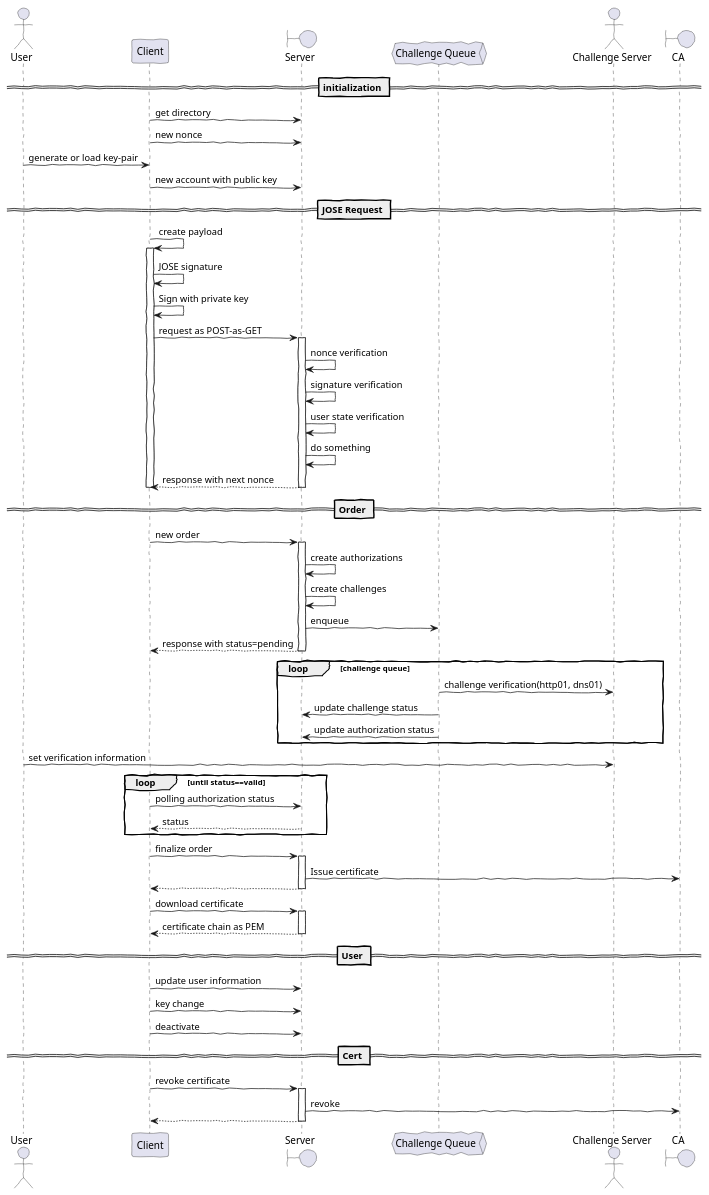
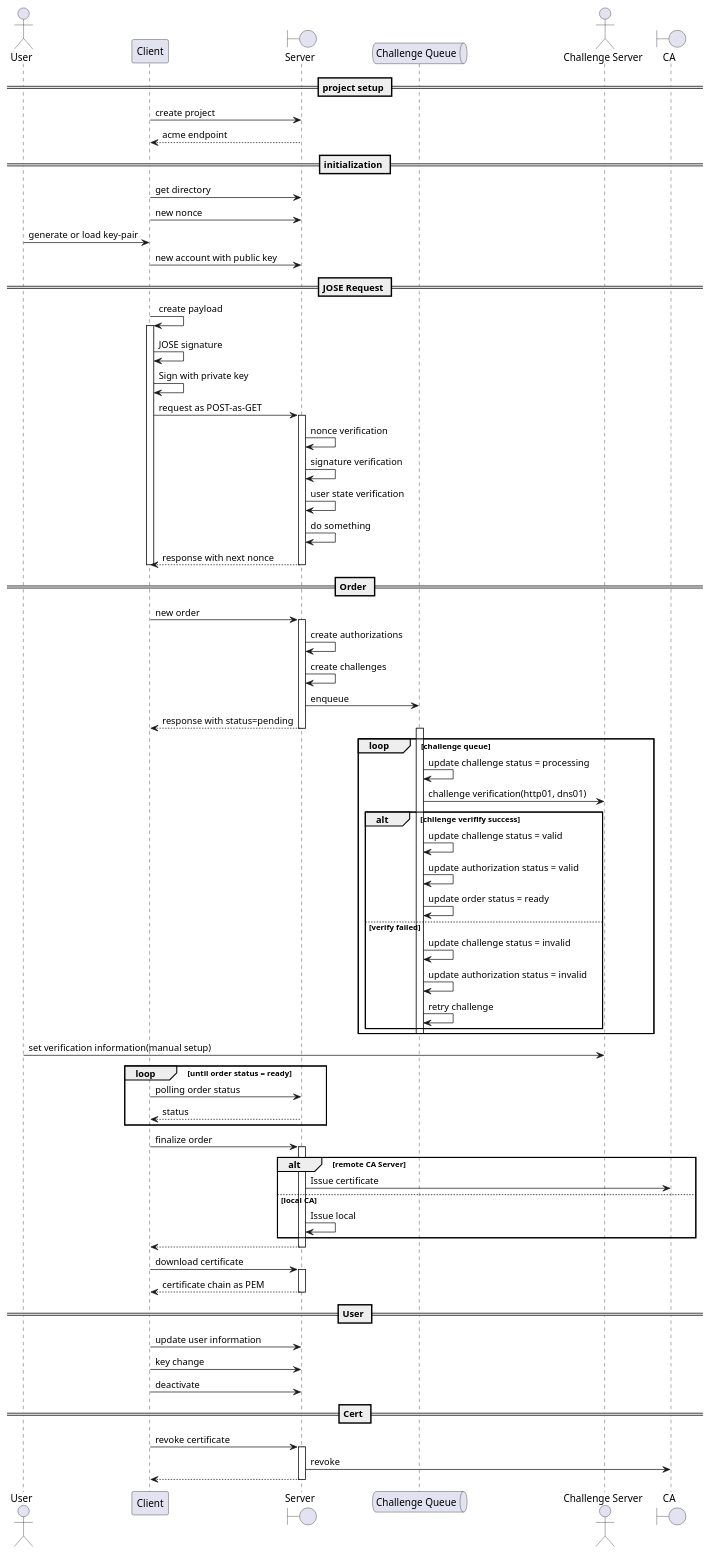
The diagram in acme.puml (whitekid/scas), drawn with PlantUML before and after one commit. The commit also changed 63 other files, not shown here.

```diff
--- a/acme.puml
+++ b/acme.puml
@@ -1,69 +1,86 @@
 @startuml ACME
-skinparam handwritten true
-
+skinparam handwritten false
 actor User as User
 participant Client
 boundary Server as Server
 queue "Challenge Queue" as ChallengeQueue
 actor "Challenge Server" as ChallengeServer
 boundary CA as CA
+
+== project setup ==
+Client -> Server: create project
+return acme endpoint
 
 == initialization ==
 Client -> Server: get directory
 Client -> Server: new nonce
 User -> Client: generate or load key-pair
 Client -> Server: new account with public key
 
 == JOSE Request ==
 Client -> Client: create payload
 activate Client
 Client -> Client: JOSE signature
 Client -> Client: Sign with private key
 Client -> Server: request as POST-as-GET
 activate Server
 Server -> Server: nonce verification
 Server -> Server: signature verification
 Server -> Server: user state verification
 Server -> Server: do something
 return response with next nonce
 deactivate Client
 
 == Order ==
 Client -> Server: new order
 activate Server
 Server -> Server: create authorizations
 Server -> Server: create challenges
 Server -> ChallengeQueue: enqueue
 return response with status=pending
 loop challenge queue
+    activate ChallengeQueue
+    ChallengeQueue -> ChallengeQueue: update challenge status = processing
     ChallengeQueue -> ChallengeServer: challenge verification(http01, dns01)
-    ChallengeQueue -> Server: update challenge status
-    ChallengeQueue -> Server: update authorization status
+    alt chllenge verifify success
+        ChallengeQueue -> ChallengeQueue: update challenge status = valid
+        ChallengeQueue -> ChallengeQueue: update authorization status = valid
+        ChallengeQueue -> ChallengeQueue: update order status = ready
+    else verify failed
+        ChallengeQueue -> ChallengeQueue: update challenge status = invalid
+        ChallengeQueue -> ChallengeQueue: update authorization status = invalid
+        ChallengeQueue -> ChallengeQueue: retry challenge
+    end
+    deactivate ChallengeQueue
 end
-User -> ChallengeServer: set verification information
-loop until status==valid
-    Client -> Server: polling authorization status
-    Server --> Client: status
+User -> ChallengeServer: set verification information(manual setup)
+loop until order status = ready
+    Client -> Server: polling order status
+    return status
 end
 
 Client -> Server: finalize order
 activate Server
-Server -> CA: Issue certificate
-return
+    alt remote CA Server
+        Server -> CA: Issue certificate
+    else local CA
+        Server -> Server: Issue local 
+    end
+return 
 
 Client -> Server: download certificate
 activate Server
 return certificate chain as PEM
 
 == User ==
 Client -> Server: update user information
 Client -> Server: key change
 Client -> Server: deactivate
 
 == Cert ==
 Client -> Server: revoke certificate
 activate Server
 Server -> CA: revoke
 return
 
 @enduml
```
